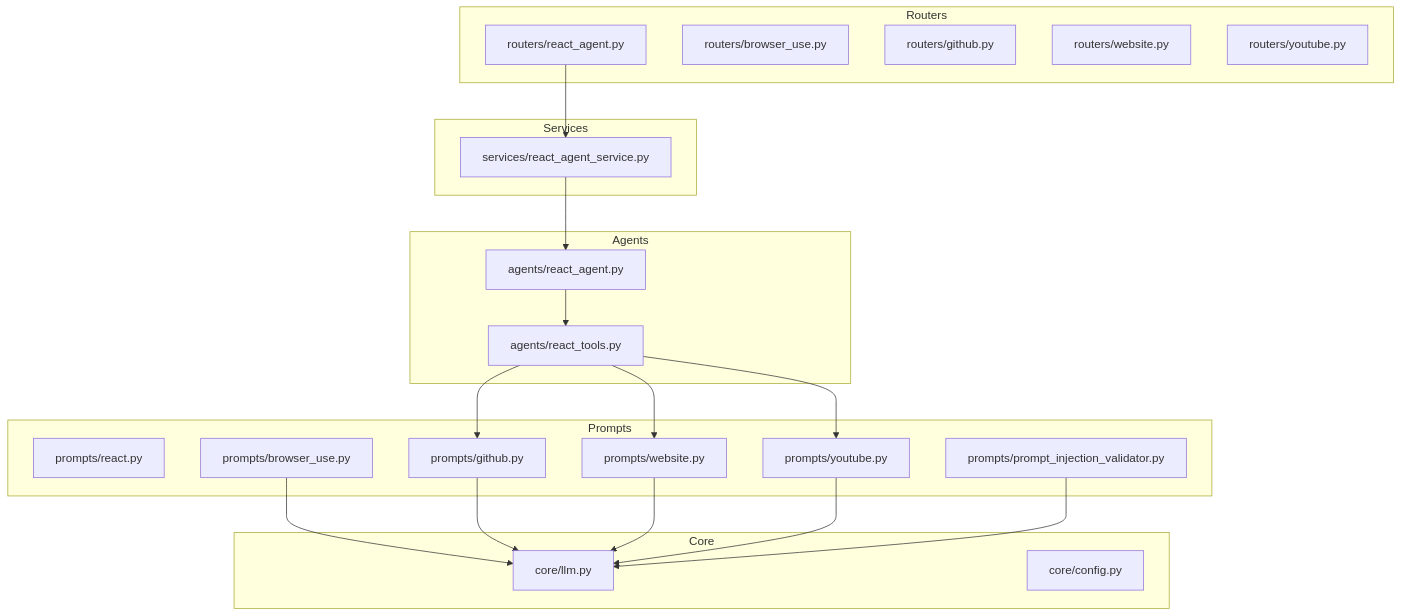
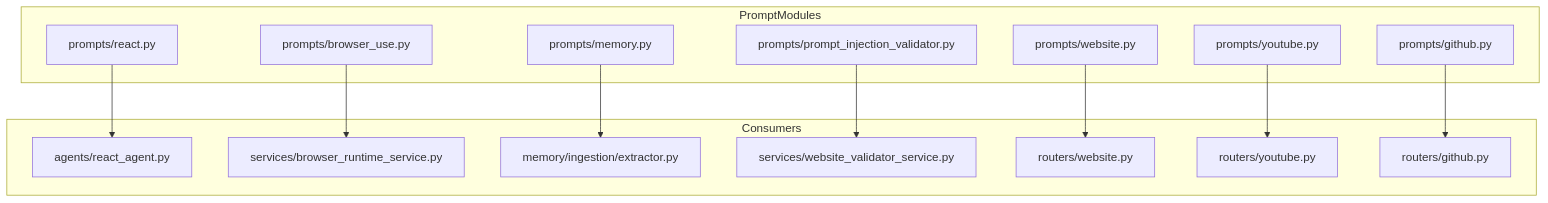
The first of 4 diagrams in src/data/docs/agentic-browser/Prompts and Prompt Engineering/Prompts and Prompt Engineering.md (tashifkhan/tashif.codes), drawn with Mermaid before and after one commit. The commit also changed other lines of this file and 114 other files, not shown here.

````diff
--- a/src/data/docs/agentic-browser/Prompts and Prompt Engineering/Prompts and Prompt Engineering.md
+++ b/src/data/docs/agentic-browser/Prompts and Prompt Engineering/Prompts and Prompt Engineering.md
@@ -13,40 +14,28 @@
 ```mermaid
 graph TB
-subgraph "Prompts"
-PR["prompts/react.py"]
-PB["prompts/browser_use.py"]
-PG["prompts/github.py"]
-PW["prompts/website.py"]
-PY["prompts/youtube.py"]
-PV["prompts/prompt_injection_validator.py"]
-end
-subgraph "Agents"
-AR["agents/react_agent.py"]
-AT["agents/react_tools.py"]
-end
-subgraph "Routers"
-RR["routers/react_agent.py"]
-RB["routers/browser_use.py"]
-RG["routers/github.py"]
-RW["routers/website.py"]
-RY["routers/youtube.py"]
-end
-subgraph "Services"
-SR["services/react_agent_service.py"]
-end
-subgraph "Core"
-CL["core/llm.py"]
-CC["core/config.py"]
-end
-RR --> SR
-SR --> AR
-AR --> AT
-AT --> PG
-AT --> PW
-AT --> PY
-PB --> CL
-PG --> CL
-PW --> CL
-PY --> CL
-PV --> CL
+  subgraph PromptModules
+    PR["prompts/react.py"]
+    PB["prompts/browser_use.py"]
+    PM["prompts/memory.py"]
+    PV["prompts/prompt_injection_validator.py"]
+    PW["prompts/website.py"]
+    PY["prompts/youtube.py"]
+    PG["prompts/github.py"]
+  end
+  subgraph Consumers
+    RA["agents/react_agent.py"]
+    BR["services/browser_runtime_service.py"]
+    MI["memory/ingestion/extractor.py"]
+    WV["services/website_validator_service.py"]
+    RW["routers/website.py"]
+    RY["routers/youtube.py"]
+    RG["routers/github.py"]
+  end
+  PR --> RA
+  PB --> BR
+  PM --> MI
+  PV --> WV
+  PW --> RW
+  PY --> RY
+  PG --> RG
 ```
````
